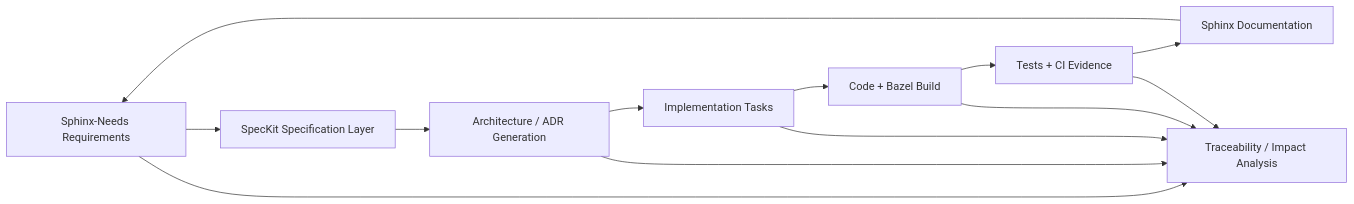
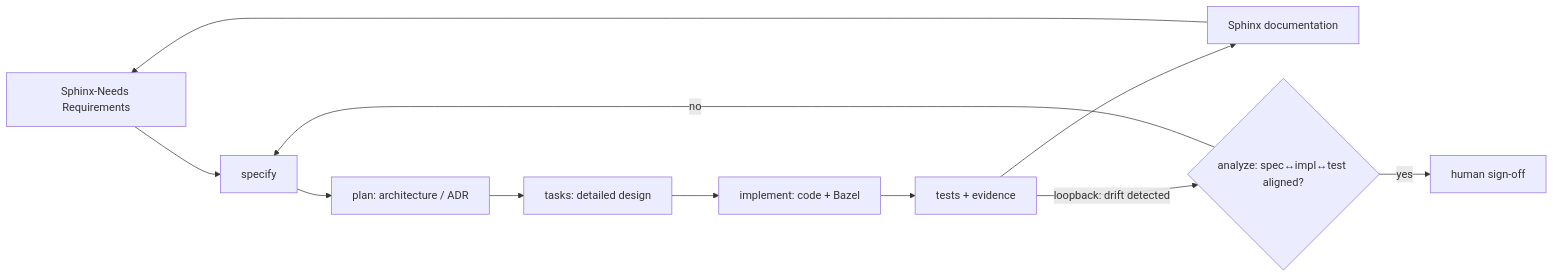
The diagram in docs/design_decisions/ai/DR-002-ai.rst (eclipse-score/score), drawn with Mermaid before and after one commit. The commit also changed other lines of this file, not shown here.

```diff
--- a/docs/design_decisions/ai/DR-002-ai.rst
+++ b/docs/design_decisions/ai/DR-002-ai.rst
@@ -368,16 +435,13 @@
 .. mermaid::
 
    flowchart LR
-       A[Sphinx-Needs Requirements] --> B[SpecKit Specification Layer]
-       B --> C[Architecture / ADR Generation]
-       C --> D[Implementation Tasks]
-       D --> E[Code + Bazel Build]
-       E --> F[Tests + CI Evidence]
-       F --> G[Sphinx Documentation]
+       A[Sphinx-Needs Requirements] --> B[specify]
+       B --> C[plan: architecture / ADR]
+       C --> D[tasks: detailed design]
+       D --> E[implement: code + Bazel]
+       E --> F[tests + evidence]
+       F --> G[Sphinx documentation]
        G --> A
-
-       A --> H[Traceability / Impact Analysis]
-       C --> H
-       D --> H
-       E --> H
-       F --> H
+       F -->|loopback: drift detected| H{analyze: spec↔impl↔test aligned?}
+       H -->|no| B
+       H -->|yes| I[human sign-off]
```
